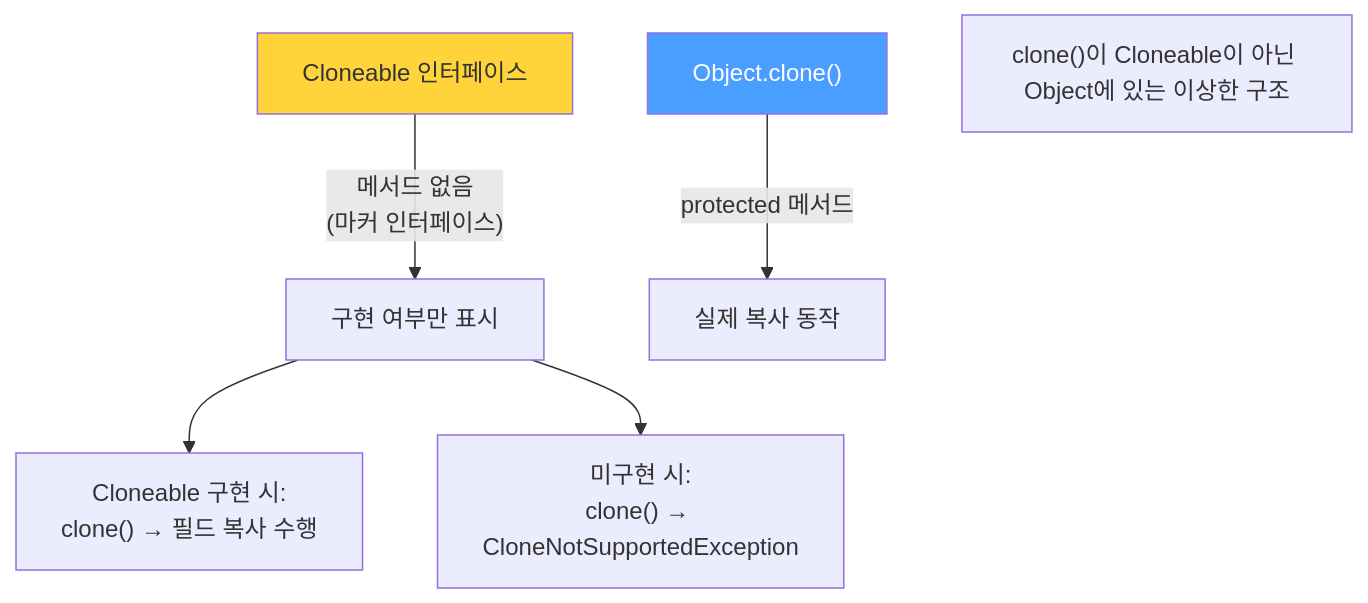
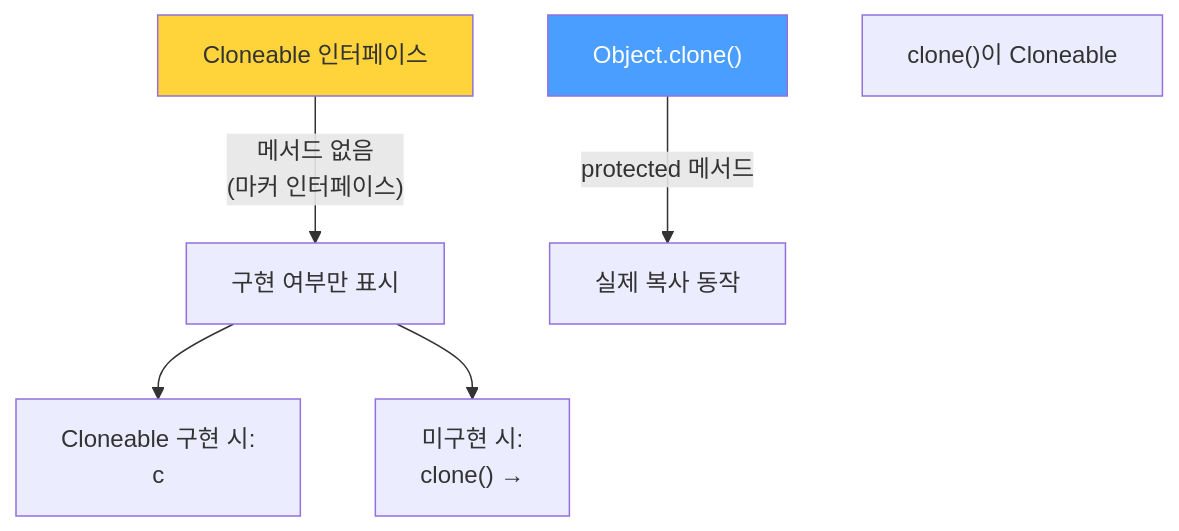
Before and after one commit to yjkim2015/yjkim2015.github.io: the first of 4 diagrams in _posts/java/2021-12-27-effective-java13.md, drawn with Mermaid. The commit also changed other lines of this file and 271 other files, not shown here.

First line of the commit message:
Mermaid 라벨 축소: 긴 노드 텍스트 18자 이하로 트림 + \n 제거

````diff
--- a/_posts/java/2021-12-27-effective-java13.md
+++ b/_posts/java/2021-12-27-effective-java13.md
@@ -18,10 +18,10 @@
 ```mermaid
 graph TD
     A["Cloneable 인터페이스"] -->|"메서드 없음\n(마커 인터페이스)"| B["구현 여부만 표시"]
     C["Object.clone()"] -->|"protected 메서드"| D["실제 복사 동작"]
-    B --> E["Cloneable 구현 시:\nclone() → 필드 복사 수행"]
-    B --> F["미구현 시:\nclone() → CloneNotSupportedException"]
+    B --> E["Cloneable 구현 시:\nc"]
+    B --> F["미구현 시:\nclone() →"]
     style A fill:#ffd43b
     style C fill:#4a9eff,color:#fff
-    note["clone()이 Cloneable이 아닌 Object에 있는 이상한 구조"]
+    note["clone()이 Cloneable"]
 ```
````
